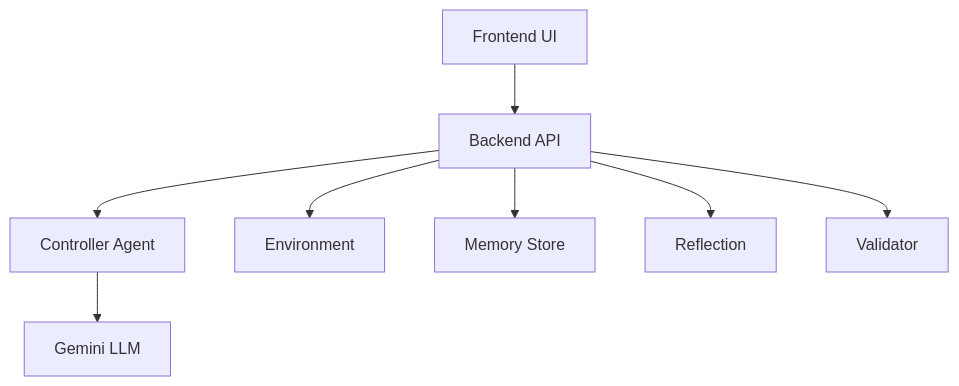
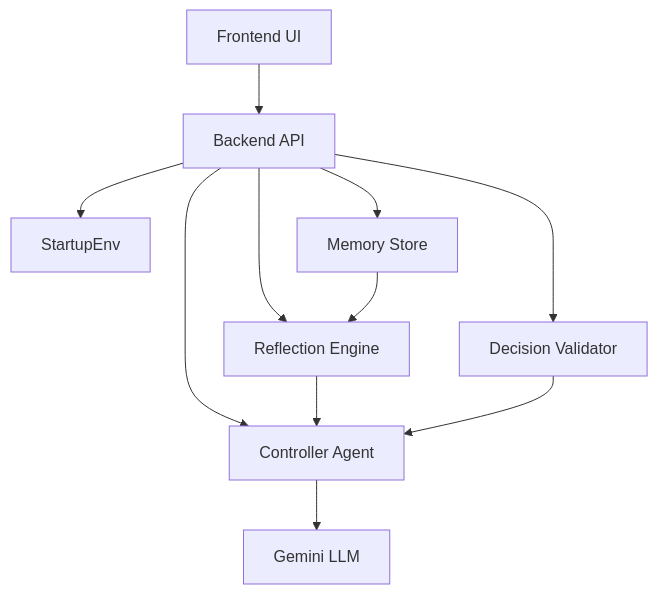
One commit to Saikat-Hazra/Startup_Lab_ENV changed the diagram in README.md. Above: the diagram before and after it, drawn with Mermaid. The commit also changed other lines of this file and 22 other files, not shown here.

````diff
--- a/README.md
+++ b/README.md
@@ -58,10 +154,13 @@
 ```mermaid
 graph TD
     A[Frontend UI] --> B[Backend API]
     B --> C[Controller Agent]
-    B --> D[Environment]
+    B --> D[StartupEnv]
     C --> E[Gemini LLM]
     B --> F[Memory Store]
-    B --> G[Reflection]
-    B --> H[Validator]
+    B --> G[Reflection Engine]
+    B --> H[Decision Validator]
+    F --> G
+    G --> C
+    H --> C
 ```
````
